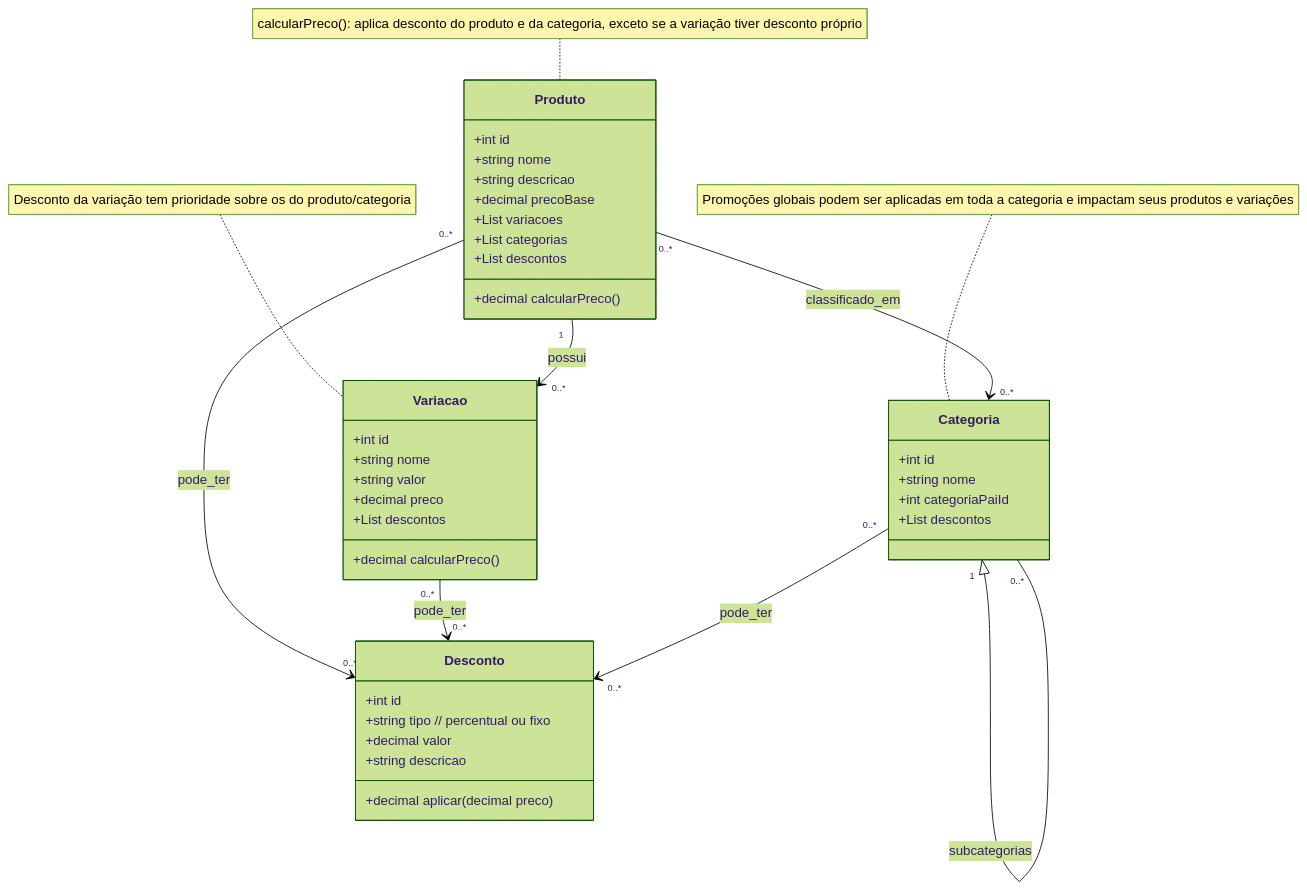
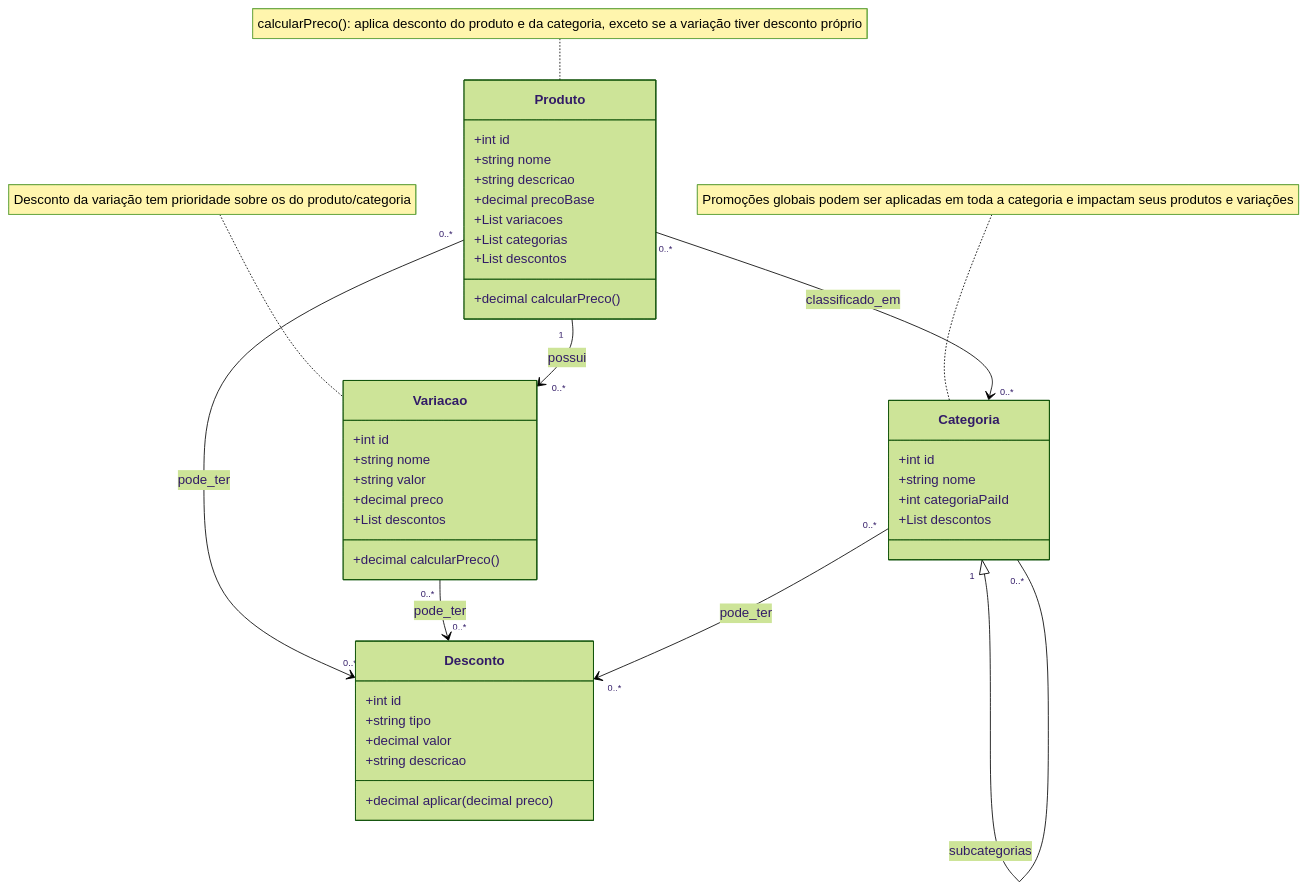
The diagram in Doc/diagrama de classes.md (profAndreSouza/Ecommerce), drawn with Mermaid (forest theme) before and after one commit. The commit also changed 1 other file, not shown here.

````diff
--- a/Doc/diagrama de classes.md
+++ b/Doc/diagrama de classes.md
@@ -10,50 +10,50 @@
 ```mermaid
 classDiagram
     class Categoria {
         +int id
         +string nome
         +int categoriaPaiId
         +List<Desconto> descontos
     }
 
     class Produto {
         +int id
         +string nome
         +string descricao
         +decimal precoBase
         +List<Variacao> variacoes
         +List<Categoria> categorias
         +List<Desconto> descontos
         +decimal calcularPreco()
     }
 
     class Variacao {
         +int id
         +string nome
         +string valor
         +decimal preco
         +List<Desconto> descontos
         +decimal calcularPreco()
     }
 
     class Desconto {
         +int id
-        +string tipo       // percentual ou fixo
+        +string tipo
         +decimal valor
         +string descricao
         +decimal aplicar(decimal preco)
     }
 
     %% Relacionamentos
     Categoria "1" <|-- "0..*" Categoria : subcategorias
     Produto "1" --> "0..*" Variacao : possui
     Produto "0..*" --> "0..*" Categoria : classificado_em
     Produto "0..*" --> "0..*" Desconto : pode_ter
     Variacao "0..*" --> "0..*" Desconto : pode_ter
     Categoria "0..*" --> "0..*" Desconto : pode_ter
 
     note for Categoria "Promoções globais podem ser aplicadas em toda a categoria e impactam seus produtos e variações"
     note for Produto "calcularPreco(): aplica desconto do produto e da categoria, exceto se a variação tiver desconto próprio"
     note for Variacao "Desconto da variação tem prioridade sobre os do produto/categoria"
 
 ```
````
